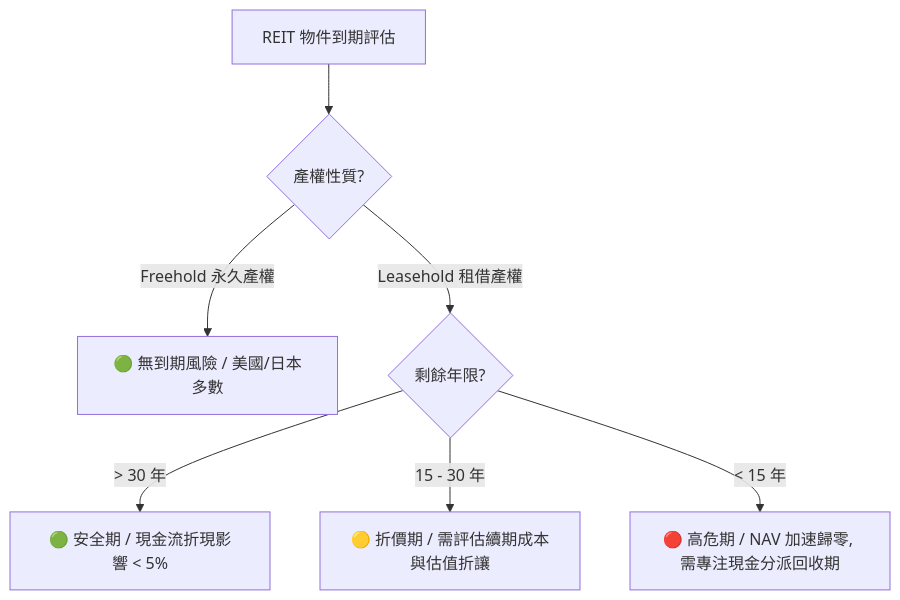
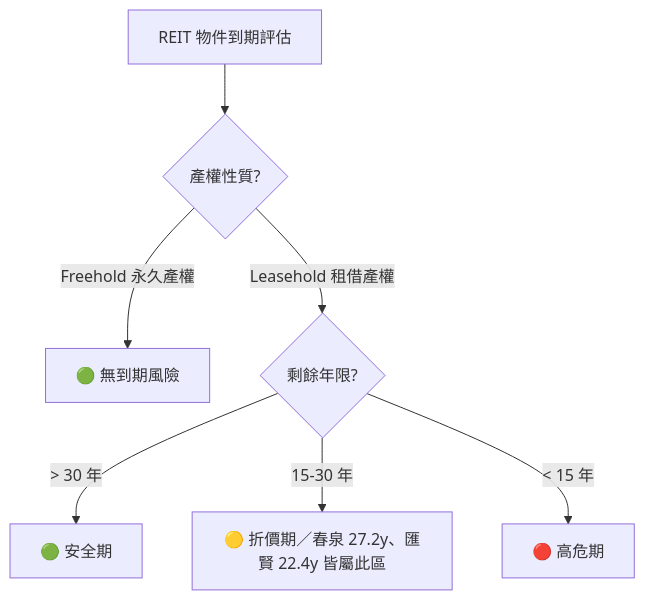
One commit to a9303001/FinancialReport changed the diagram in AnalysisResult/ChinaStateAnalysisResult.md. Above: the diagram before and after it, drawn with Mermaid. The commit also changed other lines of this file, not shown here.

````diff
--- a/AnalysisResult/ChinaStateAnalysisResult.md
+++ b/AnalysisResult/ChinaStateAnalysisResult.md
@@ -224,9 +288,9 @@
 ```mermaid
 graph TD
     A["REIT 物件到期評估"] --> B{"產權性質?"}
-    B -->|"Freehold 永久產權"| C["🟢 無到期風險 / 美國/日本多數"]
+    B -->|"Freehold 永久產權"| C["🟢 無到期風險"]
     B -->|"Leasehold 租借產權"| D{"剩餘年限?"}
-    D -->|"> 30 年"| E["🟢 安全期 / 現金流折現影響 < 5%"]
-    D -->|"15 - 30 年"| F["🟡 折價期 / 需評估續期成本與估值折讓"]
-    D -->|"< 15 年"| G["🔴 高危期 / NAV 加速歸零, 需專注現金分派回收期"]
+    D -->|"> 30 年"| E["🟢 安全期"]
+    D -->|"15-30 年"| F["🟡 折價期／春泉 27.2y、匯賢 22.4y 皆屬此區"]
+    D -->|"< 15 年"| G["🔴 高危期"]
 ```
````
